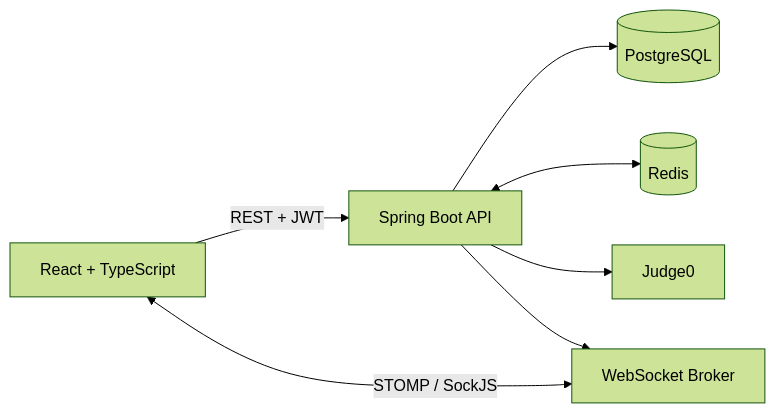
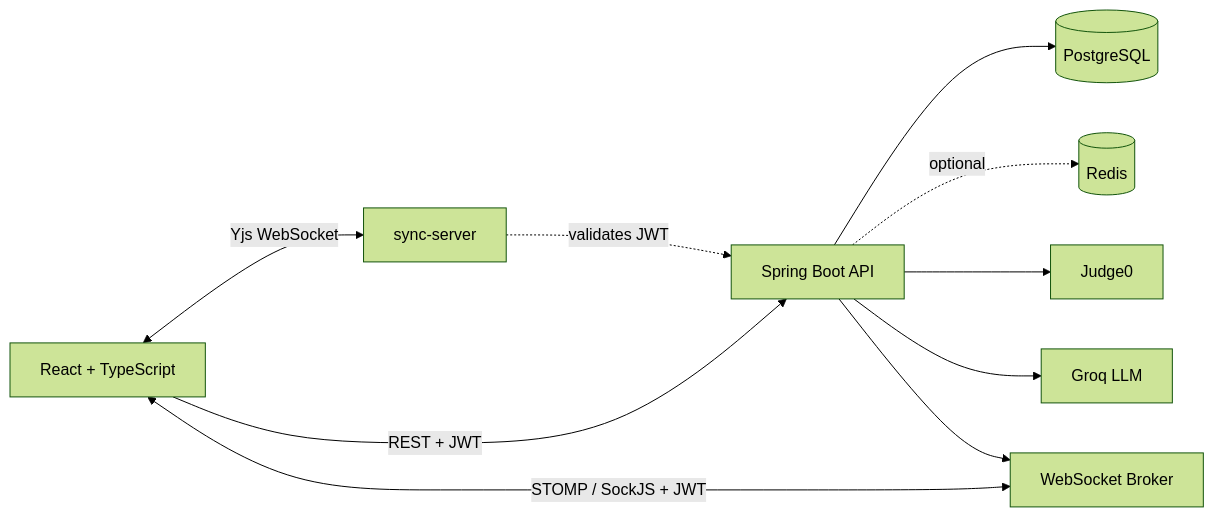
One commit to Sobhagyaverma/codeIT changed the diagram in README.md. Above: the diagram before and after it, drawn with Mermaid (forest theme). The commit also changed other lines of this file and 16 other files, not shown here.

````diff
--- a/README.md
+++ b/README.md
@@ -25,9 +21,12 @@
 ```mermaid
 flowchart LR
     Browser[React + TypeScript] -->|REST + JWT| API[Spring Boot API]
-    Browser <-->|STOMP / SockJS| WS[WebSocket Broker]
+    Browser <-->|STOMP / SockJS + JWT| WS[WebSocket Broker]
+    Browser <-->|Yjs WebSocket| Sync[sync-server]
     API --> PostgreSQL[(PostgreSQL)]
-    API <--> Redis[(Redis)]
+    API -.->|optional| Redis[(Redis)]
     API --> Judge0[Judge0]
+    API --> Groq[Groq LLM]
     API --> WS
+    Sync -.->|validates JWT| API
 ```
````
